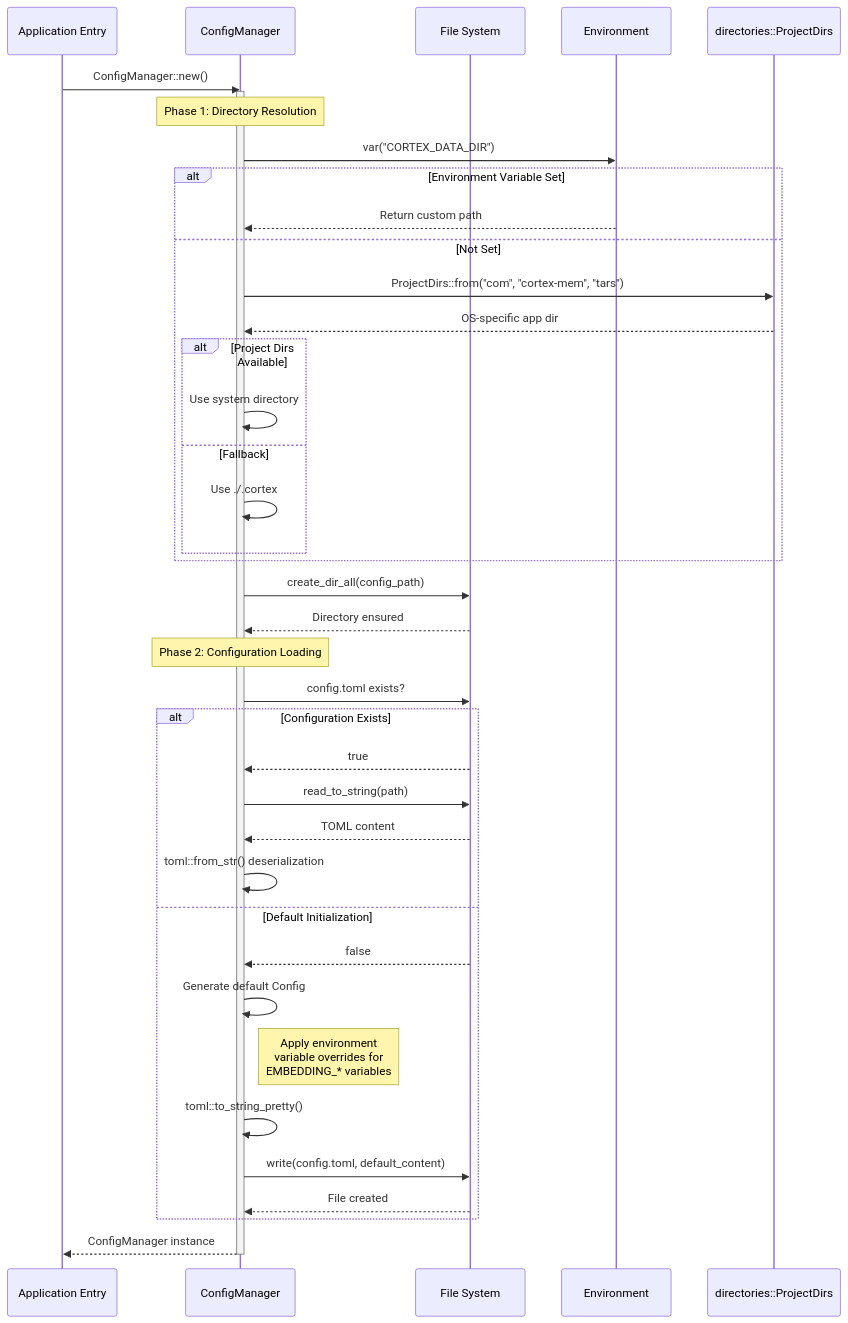
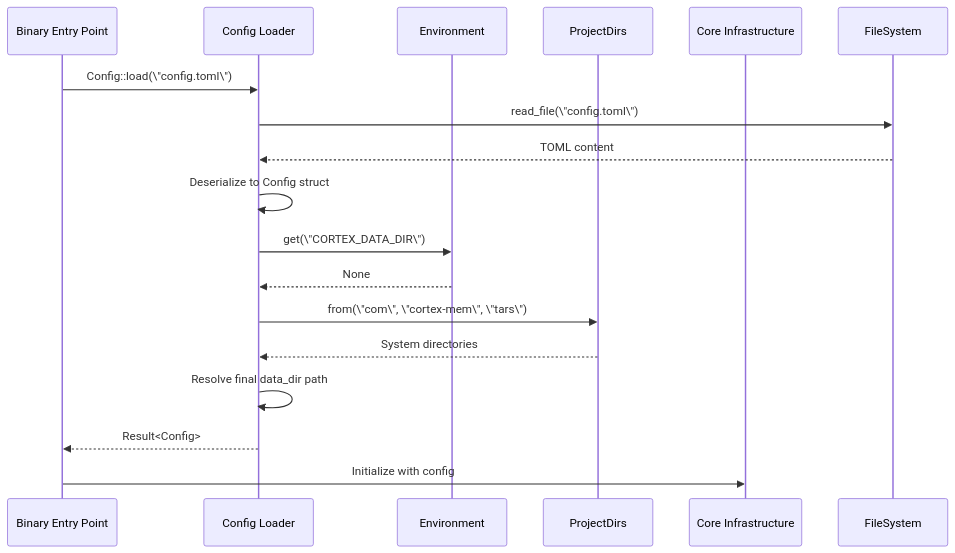
Before and after one commit to sopaco/cortex-mem: the fourth of 4 diagrams in litho.docs/en/4.Deep-Exploration/Configuration Management Domain.md, drawn with Mermaid. The commit also changed other lines of this file and 45 other files, not shown here.

````diff
--- a/litho.docs/en/4.Deep-Exploration/Configuration Management Domain.md
+++ b/litho.docs/en/4.Deep-Exploration/Configuration Management Domain.md
@@ -226,47 +249,24 @@
 ```mermaid
 sequenceDiagram
-    participant App as Application Entry
-    participant CM as ConfigManager
-    participant FS as File System
+    participant Binary as Binary Entry Point
+    participant Config as Config Loader
     participant Env as Environment
-    participant CD as directories::ProjectDirs
+    participant ProjDirs as ProjectDirs
+    participant Core as Core Infrastructure
     
-    App->>CM: ConfigManager::new()
-    activate CM
+    Binary->>Config: Config::load(\"config.toml\")
+    Config->>FileSystem: read_file(\"config.toml\")
+    FileSystem-->>Config: TOML content
+    Config->>Config: Deserialize to Config struct
     
-    Note over CM: Phase 1: Directory Resolution
-    CM->>Env: var("CORTEX_DATA_DIR")
-    alt Environment Variable Set
-        Env-->>CM: Return custom path
-    else Not Set
-        CM->>CD: ProjectDirs::from("com", "cortex-mem", "tars")
-        CD-->>CM: OS-specific app dir
-        alt Project Dirs Available
-            CM->>CM: Use system directory
-        else Fallback
-            CM->>CM: Use ./.cortex
-        end
-    end
+    Config->>Env: get(\"CORTEX_DATA_DIR\")
+    Env-->>Config: None
     
-    CM->>FS: create_dir_all(config_path)
-    FS-->>CM: Directory ensured
+    Config->>ProjDirs: from(\"com\", \"cortex-mem\", \"tars\")
+    ProjDirs-->>Config: System directories
     
-    Note over CM: Phase 2: Configuration Loading
-    CM->>FS: config.toml exists?
-    alt Configuration Exists
-        FS-->>CM: true
-        CM->>FS: read_to_string(path)
-        FS-->>CM: TOML content
-        CM->>CM: toml::from_str() deserialization
-    else Default Initialization
-        FS-->>CM: false
-        CM->>CM: Generate default Config
-        Note right of CM: Apply environment<br/>variable overrides for<br/>EMBEDDING_* variables
-        CM->>CM: toml::to_string_pretty()
-        CM->>FS: write(config.toml, default_content)
-        FS-->>CM: File created
-    end
+    Config->>Config: Resolve final data_dir path
+    Config-->>Binary: Result<Config>
     
-    CM-->>App: ConfigManager instance
-    deactivate CM
+    Binary->>Core: Initialize with config
 ```
````
